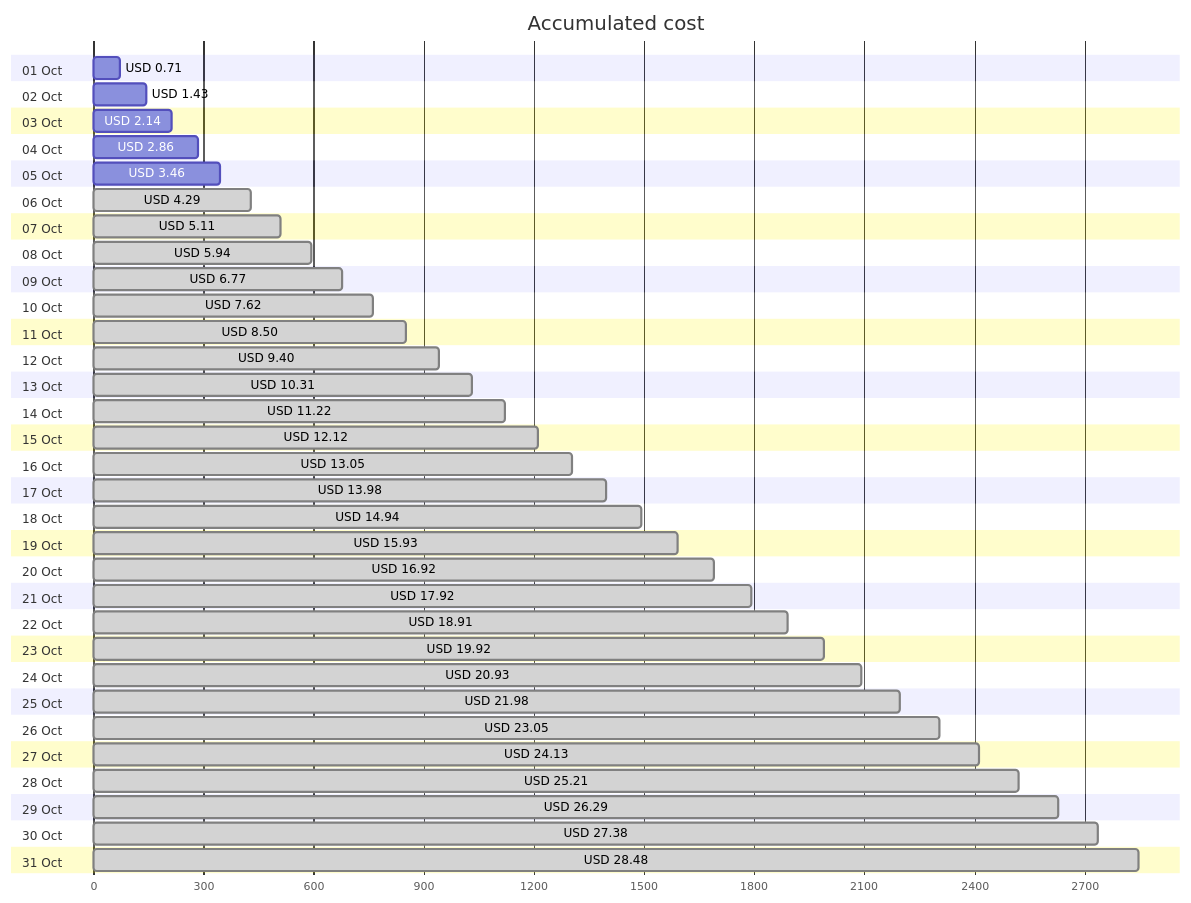
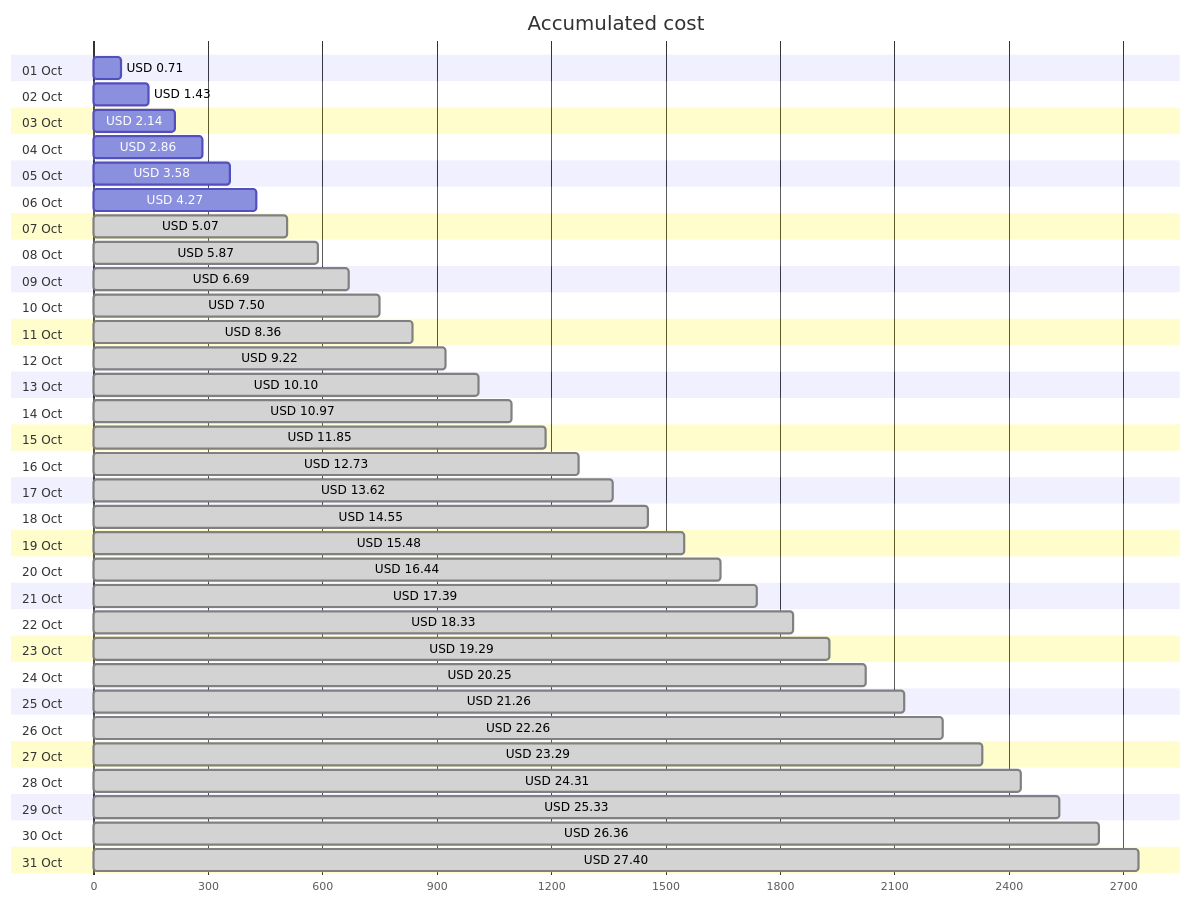
Before and after one commit to jpfulton/azure-personal-reports: the first of 4 diagrams in cost-reports/personal-network/backup-server-data-disk.md, drawn with Mermaid. The commit also changed other lines of this file and 8 other files, not shown here.

````diff
--- a/cost-reports/personal-network/backup-server-data-disk.md
+++ b/cost-reports/personal-network/backup-server-data-disk.md
@@ -20,68 +20,68 @@
 ```mermaid
 gantt
    title Accumulated cost
    dateFormat  X
    axisFormat %s
    section 01 Oct
    USD 0.71 :0, 71
    section 02 Oct
    USD 1.43 :0, 143
    section 03 Oct
    USD 2.14 :0, 214
    section 04 Oct
    USD 2.86 :0, 286
    section 05 Oct
-   USD 3.46 :0, 346
+   USD 3.58 :0, 358
    section 06 Oct
-   USD 4.29 : done, 0, 429
+   USD 4.27 :0, 427
    section 07 Oct
-   USD 5.11 : done, 0, 511
+   USD 5.07 : done, 0, 507
    section 08 Oct
-   USD 5.94 : done, 0, 594
+   USD 5.87 : done, 0, 587
    section 09 Oct
-   USD 6.77 : done, 0, 677
+   USD 6.69 : done, 0, 669
    section 10 Oct
-   USD 7.62 : done, 0, 762
+   USD 7.50 : done, 0, 750
    section 11 Oct
-   USD 8.50 : done, 0, 850
+   USD 8.36 : done, 0, 836
    section 12 Oct
-   USD 9.40 : done, 0, 940
+   USD 9.22 : done, 0, 922
    section 13 Oct
-   USD 10.31 : done, 0, 1031
+   USD 10.10 : done, 0, 1010
    section 14 Oct
-   USD 11.22 : done, 0, 1122
+   USD 10.97 : done, 0, 1097
    section 15 Oct
-   USD 12.12 : done, 0, 1212
+   USD 11.85 : done, 0, 1185
    section 16 Oct
-   USD 13.05 : done, 0, 1305
+   USD 12.73 : done, 0, 1273
    section 17 Oct
-   USD 13.98 : done, 0, 1398
+   USD 13.62 : done, 0, 1362
    section 18 Oct
-   USD 14.94 : done, 0, 1494
+   USD 14.55 : done, 0, 1455
    section 19 Oct
-   USD 15.93 : done, 0, 1593
+   USD 15.48 : done, 0, 1548
    section 20 Oct
-   USD 16.92 : done, 0, 1692
+   USD 16.44 : done, 0, 1644
    section 21 Oct
-   USD 17.92 : done, 0, 1792
+   USD 17.39 : done, 0, 1739
    section 22 Oct
-   USD 18.91 : done, 0, 1891
+   USD 18.33 : done, 0, 1833
    section 23 Oct
-   USD 19.92 : done, 0, 1992
+   USD 19.29 : done, 0, 1929
    section 24 Oct
-   USD 20.93 : done, 0, 2093
+   USD 20.25 : done, 0, 2025
    section 25 Oct
-   USD 21.98 : done, 0, 2198
+   USD 21.26 : done, 0, 2126
    section 26 Oct
-   USD 23.05 : done, 0, 2305
+   USD 22.26 : done, 0, 2226
    section 27 Oct
-   USD 24.13 : done, 0, 2413
+   USD 23.29 : done, 0, 2329
    section 28 Oct
-   USD 25.21 : done, 0, 2521
+   USD 24.31 : done, 0, 2431
    section 29 Oct
-   USD 26.29 : done, 0, 2629
+   USD 25.33 : done, 0, 2533
    section 30 Oct
-   USD 27.38 : done, 0, 2738
+   USD 26.36 : done, 0, 2636
    section 31 Oct
-   USD 28.48 : done, 0, 2848
+   USD 27.40 : done, 0, 2740
 ```
````
